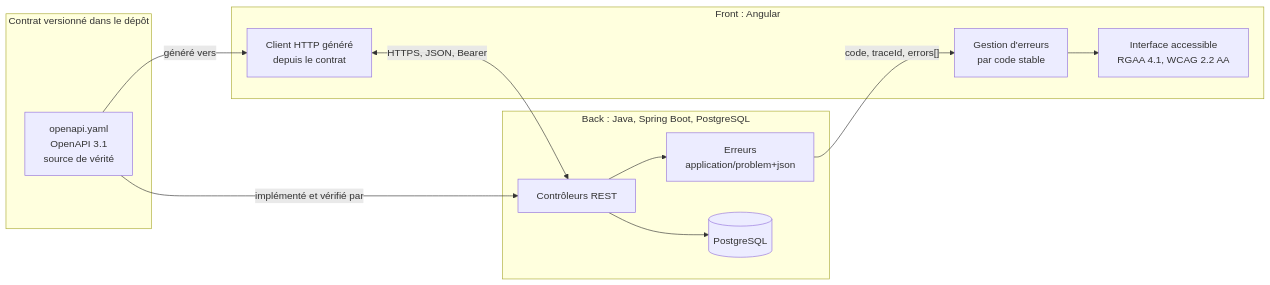
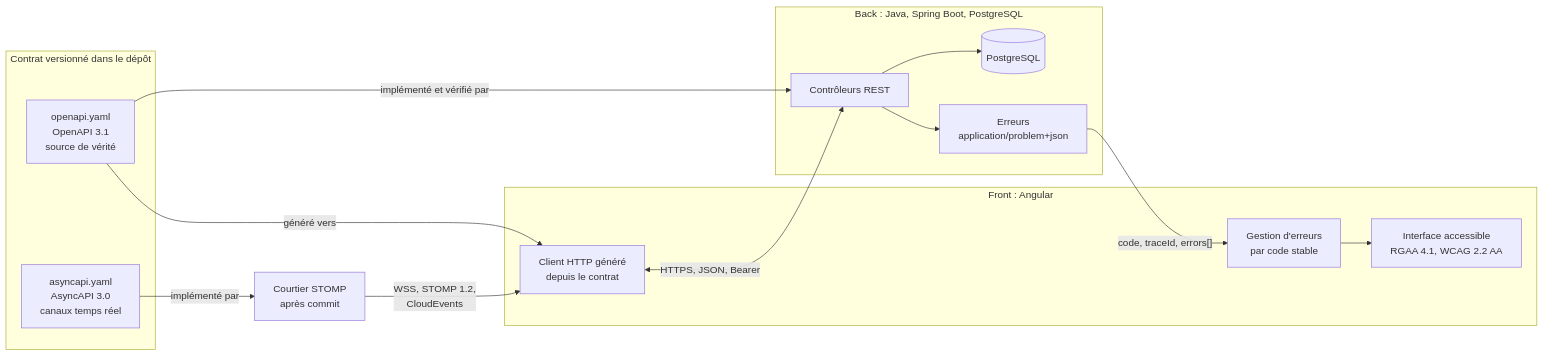
Before and after one commit to FredGarcia/Agent2Prompt: the diagram in specs/socle-back-front/SKILL.md, drawn with Mermaid. The commit also changed other lines of this file and 15 other files, not shown here.

First line of the commit message:
spec(orchestrateur-c7e): version 3.4.0, temps réel de M04 ; socle 1.1.0, SC7 active

````diff
--- a/specs/socle-back-front/SKILL.md
+++ b/specs/socle-back-front/SKILL.md
@@ -15,23 +15,26 @@
 ```mermaid
 flowchart LR
   subgraph CONTRAT["Contrat versionné dans le dépôt"]
     OAS["openapi.yaml<br/>OpenAPI 3.1<br/>source de vérité"]
+    AAS["asyncapi.yaml<br/>AsyncAPI 3.0<br/>canaux temps réel"]
   end
   subgraph BACK["Back : Java, Spring Boot, PostgreSQL"]
     CTRL["Contrôleurs REST"]
     PD["Erreurs<br/>application/problem+json"]
     DB[(PostgreSQL)]
   end
   subgraph FRONT["Front : Angular"]
     CLI["Client HTTP généré<br/>depuis le contrat"]
     ERR["Gestion d'erreurs<br/>par code stable"]
     UI["Interface accessible<br/>RGAA 4.1, WCAG 2.2 AA"]
   end
   OAS -->|"implémenté et vérifié par"| CTRL
   OAS -->|"généré vers"| CLI
   CLI <-->|"HTTPS, JSON, Bearer"| CTRL
+  AAS -->|"implémenté par"| WS["Courtier STOMP<br/>après commit"]
+  WS -->|"WSS, STOMP 1.2,<br/>CloudEvents"| CLI
   CTRL --> DB
   CTRL --> PD
   PD -->|"code, traceId, errors[]"| ERR
   ERR --> UI
 ```
````
